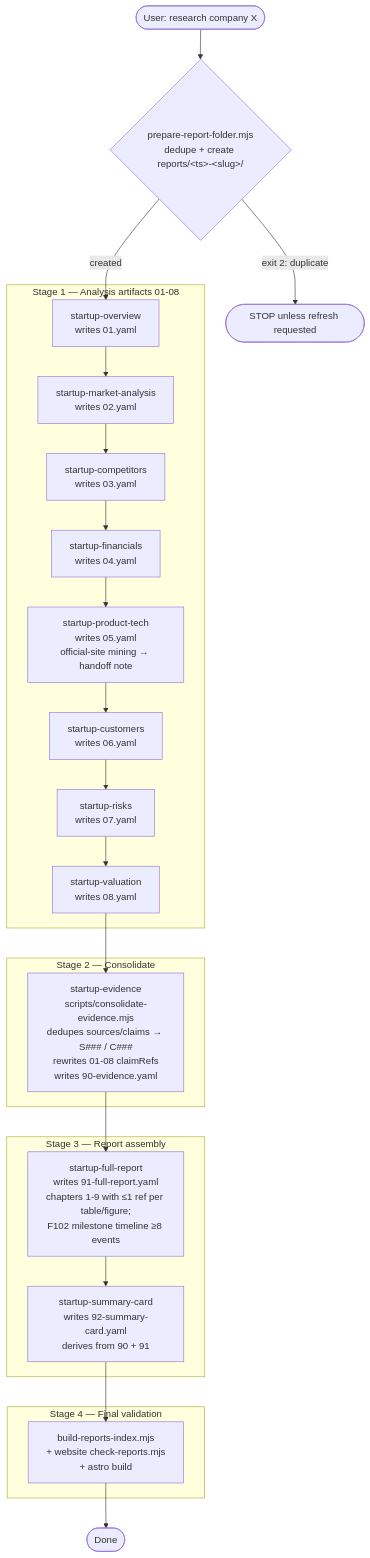
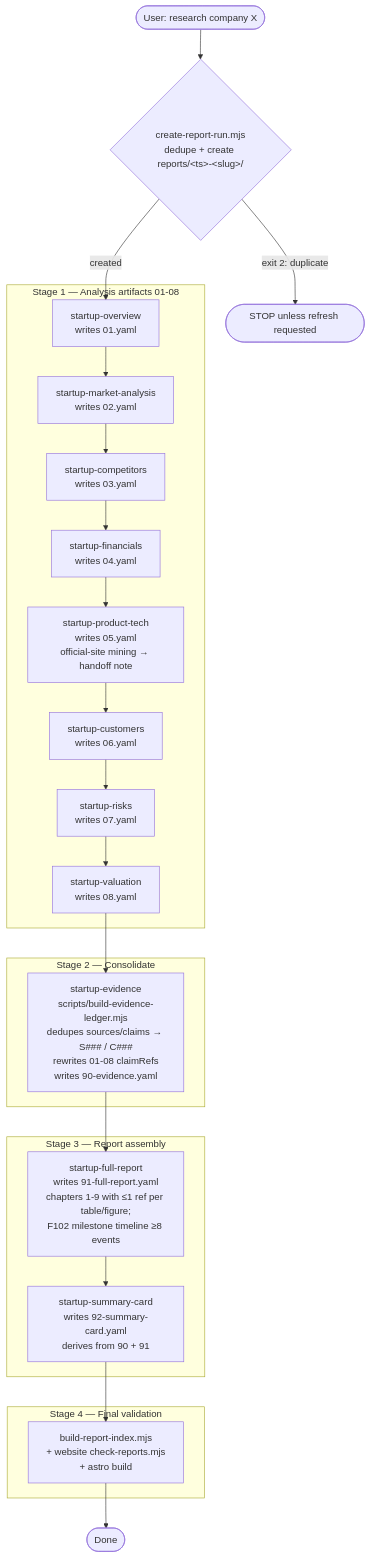
The first of 3 diagrams in README.md (huangyingting/startup), drawn with Mermaid before and after one commit. The commit also changed other lines of this file and 14 other files, not shown here.

First line of the commit message:
refactor: consolidate report preparation and utility scripts

````diff
--- a/README.md
+++ b/README.md
@@ -17,40 +17,40 @@
 ```mermaid
 flowchart TD
-  Start([User: research company X]) --> Setup{prepare-report-folder.mjs<br/>dedupe + create reports/&lt;ts&gt;-&lt;slug&gt;/}
+  Start([User: research company X]) --> Setup{create-report-run.mjs<br/>dedupe + create reports/&lt;ts&gt;-&lt;slug&gt;/}
   Setup -- exit 2: duplicate --> Stop([STOP unless refresh requested])
   Setup -- created --> Snapshot
 
   subgraph Stage1[Stage 1 — Analysis artifacts 01-08]
     Snapshot[startup-overview<br/>writes 01.yaml]
     Snapshot --> Market
 
     Market[startup-market-analysis<br/>writes 02.yaml] --> Compete
     Compete[startup-competitors<br/>writes 03.yaml] --> Fin
     Fin[startup-financials<br/>writes 04.yaml] --> Prod
     Prod[startup-product-tech<br/>writes 05.yaml<br/>official-site mining → handoff note] --> Cust
     Cust[startup-customers<br/>writes 06.yaml] --> Risk
     Risk[startup-risks<br/>writes 07.yaml] --> Val
     Val[startup-valuation<br/>writes 08.yaml]
   end
 
   Val --> Ledger
 
   subgraph Stage2[Stage 2 — Consolidate]
-    Ledger[startup-evidence<br/>scripts/consolidate-evidence.mjs<br/>dedupes sources/claims → S### / C###<br/>rewrites 01-08 claimRefs<br/>writes 90-evidence.yaml]
+    Ledger[startup-evidence<br/>scripts/build-evidence-ledger.mjs<br/>dedupes sources/claims → S### / C###<br/>rewrites 01-08 claimRefs<br/>writes 90-evidence.yaml]
   end
 
   Ledger --> Report
 
   subgraph Stage3[Stage 3 — Report assembly]
     Report[startup-full-report<br/>writes 91-full-report.yaml<br/>chapters 1-9 with ≤1 ref per table/figure;<br/>F102 milestone timeline ≥8 events]
     Report --> Card[startup-summary-card<br/>writes 92-summary-card.yaml<br/>derives from 90 + 91]
   end
 
   Card --> FinalVal
 
   subgraph Stage4[Stage 4 — Final validation]
-    FinalVal[build-reports-index.mjs<br/>+ website check-reports.mjs<br/>+ astro build]
+    FinalVal[build-report-index.mjs<br/>+ website check-reports.mjs<br/>+ astro build]
   end
 
   FinalVal --> End([Done])
 ```
````
